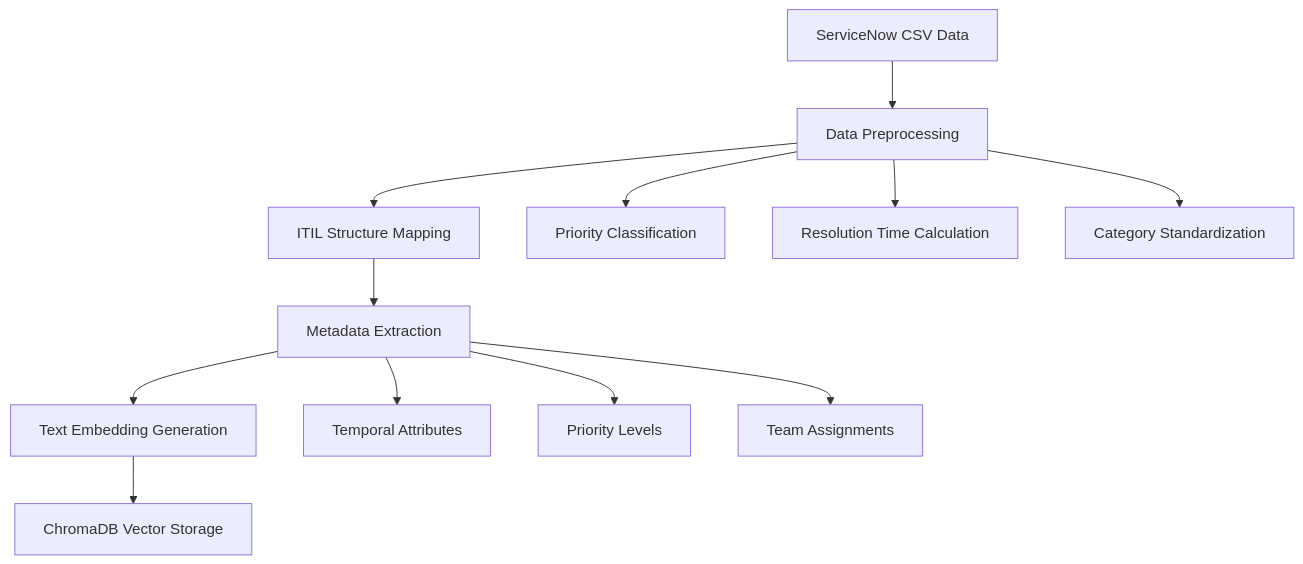
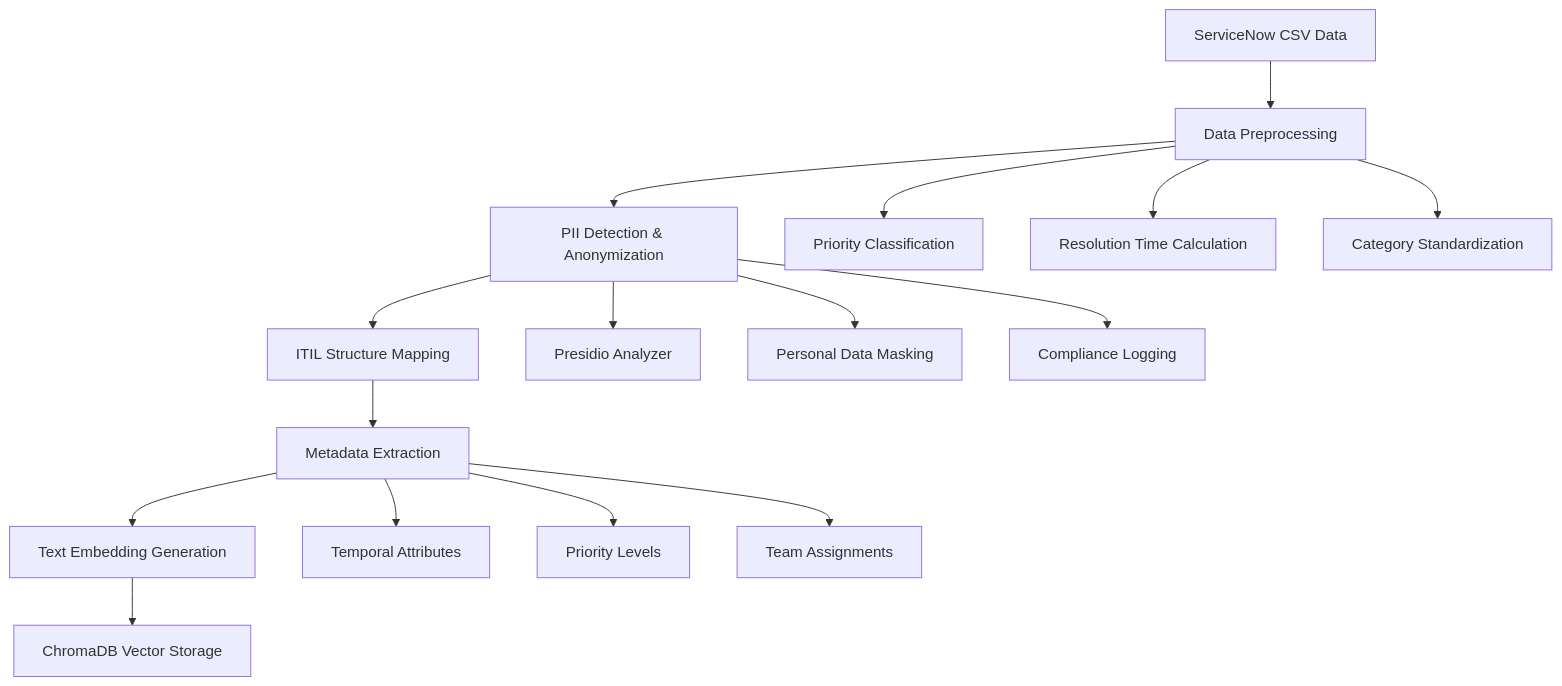
Before and after one commit to samalrashmi/genai-it-support: the first of 2 diagrams in README.md, drawn with Mermaid. The commit also changed other lines of this file and 4 other files, not shown here.

Commit message:
PII masking using presidio

````diff
--- a/README.md
+++ b/README.md
@@ -39,16 +101,21 @@
 ```mermaid
 graph TD
     A[ServiceNow CSV Data] --> B[Data Preprocessing]
-    B --> C[ITIL Structure Mapping]
-    C --> D[Metadata Extraction]
-    D --> E[Text Embedding Generation]
-    E --> F[ChromaDB Vector Storage]
+    B --> C[PII Detection & Anonymization]
+    C --> D[ITIL Structure Mapping]
+    D --> E[Metadata Extraction]
+    E --> F[Text Embedding Generation]
+    F --> G[ChromaDB Vector Storage]
     
     B --> B1[Priority Classification]
     B --> B2[Resolution Time Calculation]
     B --> B3[Category Standardization]
     
-    D --> D1[Temporal Attributes]
-    D --> D2[Priority Levels]
-    D --> D3[Team Assignments]
+    C --> C1[Presidio Analyzer]
+    C --> C2[Personal Data Masking]
+    C --> C3[Compliance Logging]
+    
+    E --> E1[Temporal Attributes]
+    E --> E2[Priority Levels]
+    E --> E3[Team Assignments]
 ```
````
